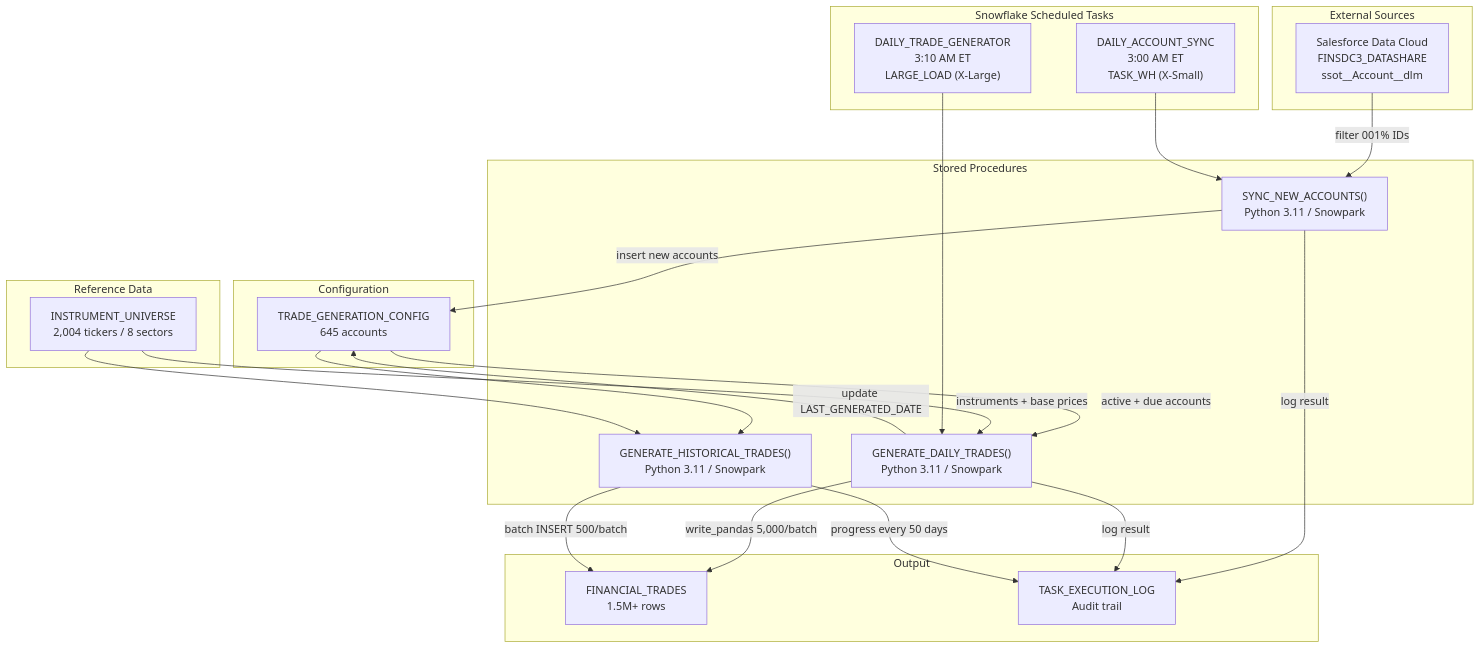
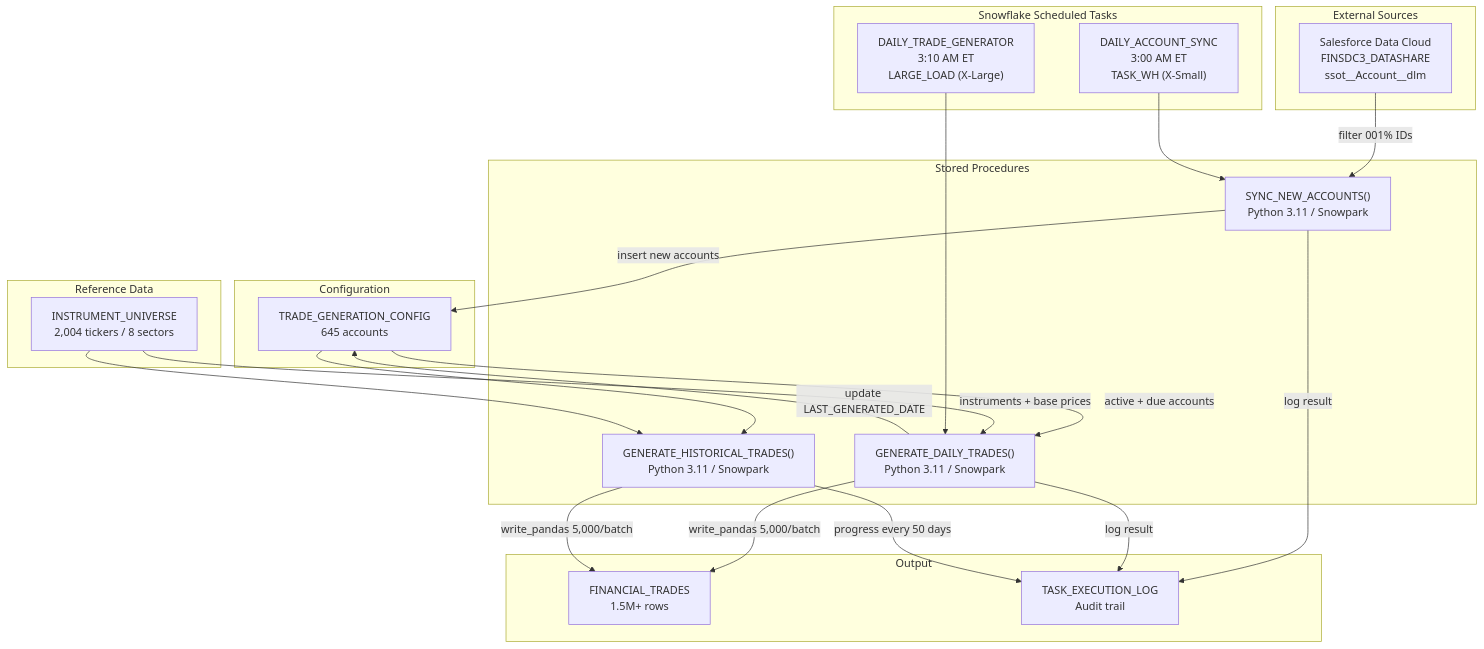
The second of 3 diagrams in Financial_Trades_Generation/docs/architecture.md (josers18/JDO), drawn with Mermaid before and after one commit. The commit also changed other lines of this file and 3 other files, not shown here.

First line of the commit message:
perf(trades): load GENERATE_HISTORICAL_TRADES batches with write_pandas

````diff
--- a/Financial_Trades_Generation/docs/architecture.md
+++ b/Financial_Trades_Generation/docs/architecture.md
@@ -61,47 +61,47 @@
 ```mermaid
 graph TB
     subgraph "External Sources"
         SF["Salesforce Data Cloud<br/>FINSDC3_DATASHARE<br/>ssot__Account__dlm"]
     end
 
     subgraph "Snowflake Scheduled Tasks"
         T1["DAILY_ACCOUNT_SYNC<br/>3:00 AM ET<br/>TASK_WH (X-Small)"]
         T2["DAILY_TRADE_GENERATOR<br/>3:10 AM ET<br/>LARGE_LOAD (X-Large)"]
     end
 
     subgraph "Stored Procedures"
         P1["SYNC_NEW_ACCOUNTS()<br/>Python 3.11 / Snowpark"]
         P2["GENERATE_DAILY_TRADES()<br/>Python 3.11 / Snowpark"]
         P3["GENERATE_HISTORICAL_TRADES()<br/>Python 3.11 / Snowpark"]
     end
 
     subgraph "Reference Data"
         IU["INSTRUMENT_UNIVERSE<br/>2,004 tickers / 8 sectors"]
     end
 
     subgraph "Configuration"
         CFG["TRADE_GENERATION_CONFIG<br/>645 accounts"]
     end
 
     subgraph "Output"
         FT["FINANCIAL_TRADES<br/>1.5M+ rows"]
         LOG["TASK_EXECUTION_LOG<br/>Audit trail"]
     end
 
     SF -->|"filter 001% IDs"| P1
     T1 --> P1
     P1 -->|"insert new accounts"| CFG
     P1 -->|"log result"| LOG
 
     CFG -->|"active + due accounts"| P2
     IU -->|"instruments + base prices"| P2
     T2 --> P2
     P2 -->|"write_pandas 5,000/batch"| FT
     P2 -->|"log result"| LOG
     P2 -->|"update LAST_GENERATED_DATE"| CFG
 
     CFG --> P3
     IU --> P3
-    P3 -->|"batch INSERT 500/batch"| FT
+    P3 -->|"write_pandas 5,000/batch"| FT
     P3 -->|"progress every 50 days"| LOG
 ```
````
